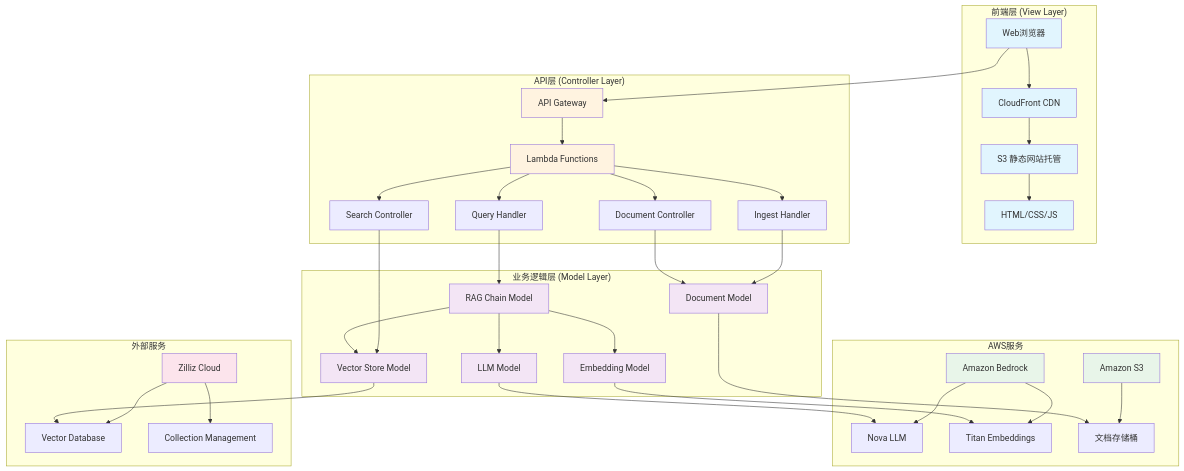
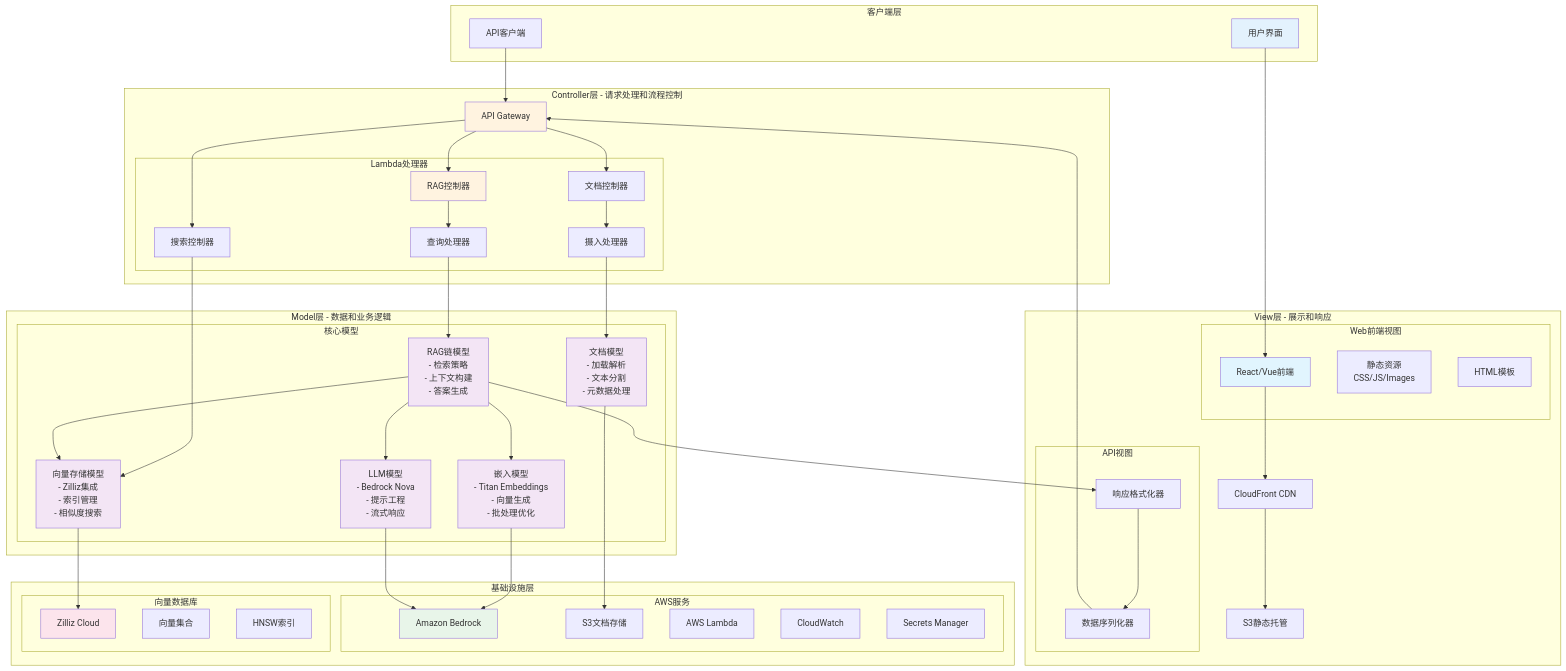
One commit to yincma/AWS-zilliz-RAG changed the first of 5 diagrams in README.md. Above: the diagram before and after it, drawn with Mermaid. The commit also changed other lines of this file and 1 other file, not shown here.

````diff
--- a/README.md
+++ b/README.md
@@ -9,68 +9,102 @@
 ```mermaid
 graph TB
-    subgraph "前端层 (View Layer)"
-        A[Web浏览器] --> B[CloudFront CDN]
-        B --> C[S3 静态网站托管]
-        C --> D[HTML/CSS/JS]
+    subgraph "客户端层"
+        USER[用户界面]
+        API_CLIENT[API客户端]
     end
     
-    subgraph "API层 (Controller Layer)"
-        E[API Gateway] --> F[Lambda Functions]
-        F --> F1[Query Handler]
-        F --> F2[Ingest Handler]
-        F --> F3[Search Controller]
-        F --> F4[Document Controller]
+    subgraph "View层 - 展示和响应"
+        subgraph "Web前端视图"
+            WEB_UI[React/Vue前端]
+            STATIC[静态资源<br/>CSS/JS/Images]
+            TEMPLATES[HTML模板]
+        end
+        subgraph "API视图"
+            RESPONSE[响应格式化器]
+            SERIALIZER[数据序列化器]
+        end
+        CDN[CloudFront CDN]
+        S3_STATIC[S3静态托管]
     end
     
-    subgraph "业务逻辑层 (Model Layer)"
-        G[RAG Chain Model]
-        H[Document Model]
-        I[Embedding Model]
-        J[LLM Model]
-        K[Vector Store Model]
+    subgraph "Controller层 - 请求处理和流程控制"
+        GATEWAY[API Gateway]
+        subgraph "Lambda处理器"
+            RAG_CTRL[RAG控制器]
+            DOC_CTRL[文档控制器]
+            SEARCH_CTRL[搜索控制器]
+            QUERY_HANDLER[查询处理器]
+            INGEST_HANDLER[摄入处理器]
+        end
     end
     
-    subgraph "AWS服务"
-        L[Amazon Bedrock]
-        L --> L1[Nova LLM]
-        L --> L2[Titan Embeddings]
-        M[Amazon S3]
-        M --> M1[文档存储桶]
+    subgraph "Model层 - 数据和业务逻辑"
+        subgraph "核心模型"
+            DOC_MODEL[文档模型<br/>- 加载解析<br/>- 文本分割<br/>- 元数据处理]
+            EMB_MODEL[嵌入模型<br/>- Titan Embeddings<br/>- 向量生成<br/>- 批处理优化]
+            VECTOR_MODEL[向量存储模型<br/>- Zilliz集成<br/>- 索引管理<br/>- 相似度搜索]
+            LLM_MODEL[LLM模型<br/>- Bedrock Nova<br/>- 提示工程<br/>- 流式响应]
+            RAG_CHAIN[RAG链模型<br/>- 检索策略<br/>- 上下文构建<br/>- 答案生成]
+        end
     end
     
-    subgraph "外部服务"
-        N[Zilliz Cloud]
-        N --> N1[Vector Database]
-        N --> N2[Collection Management]
+    subgraph "基础设施层"
+        subgraph "AWS服务"
+            BEDROCK[Amazon Bedrock]
+            S3_DOCS[S3文档存储]
+            LAMBDA[AWS Lambda]
+            CLOUDWATCH[CloudWatch]
+            SECRETS[Secrets Manager]
+        end
+        subgraph "向量数据库"
+            ZILLIZ[Zilliz Cloud]
+            COLLECTION[向量集合]
+            INDEX[HNSW索引]
+        end
     end
     
-    A --> E
-    F1 --> G
-    F2 --> H
-    F3 --> K
-    F4 --> H
+    %% 用户交互流
+    USER --> WEB_UI
+    API_CLIENT --> GATEWAY
+    WEB_UI --> CDN
+    CDN --> S3_STATIC
     
-    G --> I
-    G --> J
-    G --> K
+    %% Controller调度
+    GATEWAY --> RAG_CTRL
+    GATEWAY --> DOC_CTRL
+    GATEWAY --> SEARCH_CTRL
+    RAG_CTRL --> QUERY_HANDLER
+    DOC_CTRL --> INGEST_HANDLER
     
-    I --> L2
-    J --> L1
-    H --> M1
-    K --> N1
+    %% Model层交互
+    QUERY_HANDLER --> RAG_CHAIN
+    INGEST_HANDLER --> DOC_MODEL
+    SEARCH_CTRL --> VECTOR_MODEL
     
-    style A fill:#e1f5fe
-    style B fill:#e1f5fe
-    style C fill:#e1f5fe
-    style D fill:#e1f5fe
-    style E fill:#fff3e0
-    style F fill:#fff3e0
-    style G fill:#f3e5f5
-    style H fill:#f3e5f5
-    style I fill:#f3e5f5
-    style J fill:#f3e5f5
-    style K fill:#f3e5f5
-    style L fill:#e8f5e9
-    style M fill:#e8f5e9
-    style N fill:#fce4ec
+    RAG_CHAIN --> EMB_MODEL
+    RAG_CHAIN --> LLM_MODEL
+    RAG_CHAIN --> VECTOR_MODEL
+    
+    %% 基础服务调用
+    EMB_MODEL --> BEDROCK
+    LLM_MODEL --> BEDROCK
+    DOC_MODEL --> S3_DOCS
+    VECTOR_MODEL --> ZILLIZ
+    
+    %% 响应返回
+    RAG_CHAIN --> RESPONSE
+    RESPONSE --> SERIALIZER
+    SERIALIZER --> GATEWAY
+    
+    style USER fill:#e3f2fd
+    style WEB_UI fill:#e1f5fe
+    style GATEWAY fill:#fff3e0
+    style RAG_CTRL fill:#fff3e0
+    style DOC_MODEL fill:#f3e5f5
+    style EMB_MODEL fill:#f3e5f5
+    style LLM_MODEL fill:#f3e5f5
+    style VECTOR_MODEL fill:#f3e5f5
+    style RAG_CHAIN fill:#f3e5f5
+    style BEDROCK fill:#e8f5e9
+    style ZILLIZ fill:#fce4ec
 ```
````
